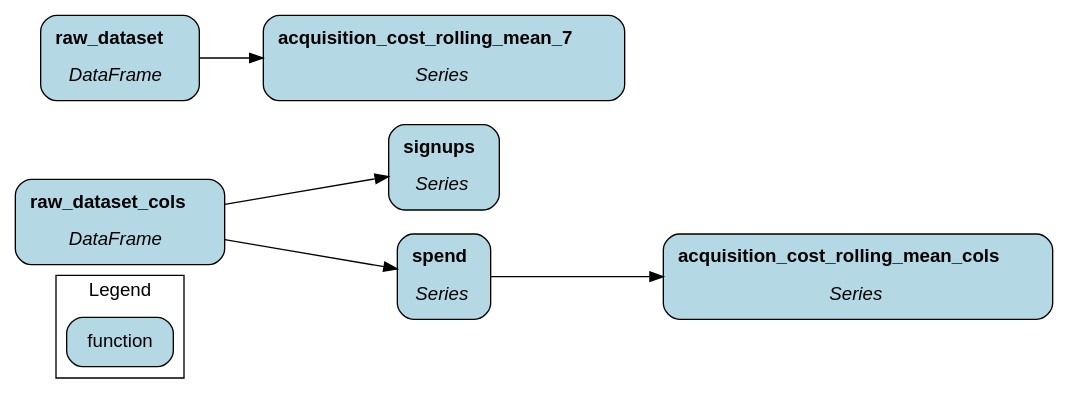
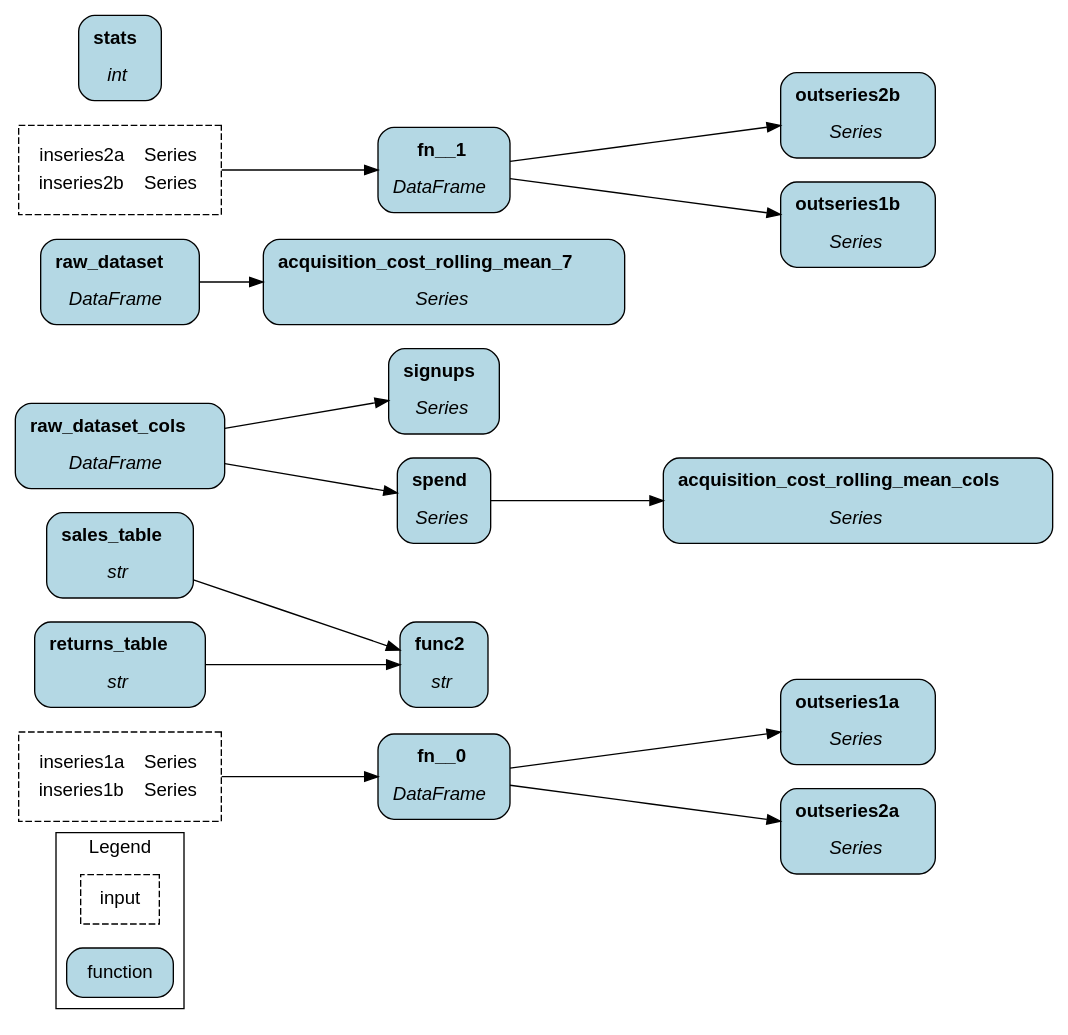
The diagram in hamilton/all_graph.dot (EdwinVivek/ML-hands-on-notebooks), drawn with Graphviz before and after one commit. The commit also changed 3 other files, not shown here.

```diff
--- a/hamilton/all_graph.dot
+++ b/hamilton/all_graph.dot
@@ -1,5 +1,5 @@
 digraph {
-	graph [bb="0,0,683.05,321.8",
+	graph [bb="0,0,683.55,789.8",
 		compound=true,
 		concentrate=true,
 		rankdir=LR,
@@ -10,39 +10,123 @@
 		label="\N"
 	];
 	subgraph cluster__legend {
-		graph [bb="25,236.8,109.85,313.8",
+		graph [bb="25.25,649.8,110.1,781.8",
 			fillcolor="#ffffff",
 			fontname=helvetica,
 			label=Legend,
 			lheight=0.22,
-			lp="67.425,301.93",
+			lp="67.675,769.92",
 			lwidth=0.62,
 			rank=same
 		];
+		input	[fontname=Helvetica,
+			height=0.51875,
+			margin=0.15,
+			pos="67.675,676.8",
+			shape=rectangle,
+			style="filled,dashed",
+			width=0.75];
 		function	[fillcolor="#b4d8e4",
 			fontname=Helvetica,
 			height=0.51875,
 			margin=0.15,
-			pos="67.425,263.8",
+			pos="67.675,731.8",
 			shape=rectangle,
 			style="rounded,filled",
 			width=0.95625];
 	}
+	fn__0	[fillcolor="#b4d8e4",
+		fontname=Helvetica,
+		height=0.88333,
+		label=<<b>fn__0</b><br /><br /><i>DataFrame</i>>,
+		margin=0.15,
+		pos="282.02,72.8",
+		shape=rectangle,
+		style="rounded,filled",
+		width=1.2479];
+	outseries1a	[fillcolor="#b4d8e4",
+		fontname=Helvetica,
+		height=0.88333,
+		label=<<b>outseries1a</b><br /><br /><i>Series</i>>,
+		margin=0.15,
+		pos="556.12,113.8",
+		shape=rectangle,
+		style="rounded,filled",
+		width=1.3417];
+	fn__0 -> outseries1a	[pos="e,507.62,106.64 327.35,79.479 373.41,86.419 445.73,97.316 496.49,104.96"];
+	outseries2a	[fillcolor="#b4d8e4",
+		fontname=Helvetica,
+		height=0.88333,
+		label=<<b>outseries2a</b><br /><br /><i>Series</i>>,
+		margin=0.15,
+		pos="556.12,31.8",
+		shape=rectangle,
+		style="rounded,filled",
+		width=1.3417];
+	fn__0 -> outseries2a	[pos="e,507.62,38.958 327.35,66.121 373.41,59.181 445.73,48.284 496.49,40.635"];
+	sales_table	[fillcolor="#b4d8e4",
+		fontname=Helvetica,
+		height=0.88333,
+		label=<<b>sales_table</b><br /><br /><i>str</i>>,
+		margin=0.15,
+		pos="67.675,237.8",
+		shape=rectangle,
+		style="rounded,filled",
+		width=1.3104];
+	func2	[fillcolor="#b4d8e4",
+		fontname=Helvetica,
+		height=0.88333,
+		label=<<b>func2</b><br /><br /><i>str</i>>,
+		margin=0.15,
+		pos="282.02,155.8",
+		shape=rectangle,
+		style="rounded,filled",
+		width=0.8];
+	sales_table -> func2	[pos="e,252.76,166.71 115.28,219.8 153.34,205.11 206.5,184.58 242.26,170.77"];
 	acquisition_cost_rolling_mean_cols	[fillcolor="#b4d8e4",
 		fontname=Helvetica,
 		height=0.88333,
 		label=<<b>acquisition_cost_rolling_mean_cols</b><br /><br /><i>Series</i>>,
 		margin=0.15,
-		pos="555.62,31.8",
+		pos="556.12,278.8",
 		shape=rectangle,
 		style="rounded,filled",
 		width=3.5396];
+	raw_dataset_cols	[fillcolor="#b4d8e4",
+		fontname=Helvetica,
+		height=0.88333,
+		label=<<b>raw_dataset_cols</b><br /><br /><i>DataFrame</i>>,
+		margin=0.15,
+		pos="67.675,319.8",
+		shape=rectangle,
+		style="rounded,filled",
+		width=1.8729];
+	signups	[fillcolor="#b4d8e4",
+		fontname=Helvetica,
+		height=0.88333,
+		label=<<b>signups</b><br /><br /><i>Series</i>>,
+		margin=0.15,
+		pos="282.02,360.8",
+		shape=rectangle,
+		style="rounded,filled",
+		width=1.0187];
+	raw_dataset_cols -> signups	[pos="e,245.02,353.85 135.57,332.72 167.55,338.89 205.07,346.14 233.99,351.72"];
+	spend	[fillcolor="#b4d8e4",
+		fontname=Helvetica,
+		height=0.88333,
+		label=<<b>spend</b><br /><br /><i>Series</i>>,
+		margin=0.15,
+		pos="282.02,278.8",
+		shape=rectangle,
+		style="rounded,filled",
+		width=0.85208];
+	raw_dataset_cols -> spend	[pos="e,250.85,284.63 135.57,306.88 169.7,300.29 210.13,292.49 239.7,286.78"];
 	raw_dataset	[fillcolor="#b4d8e4",
 		fontname=Helvetica,
 		height=0.88333,
 		label=<<b>raw_dataset</b><br /><br /><i>DataFrame</i>>,
 		margin=0.15,
-		pos="67.425,195.8",
+		pos="67.675,442.8",
 		shape=rectangle,
 		style="rounded,filled",
 		width=1.3938];
@@ -51,39 +135,76 @@
 		height=0.88333,
 		label=<<b>acquisition_cost_rolling_mean_7</b><br /><br /><i>Series</i>>,
 		margin=0.15,
-		pos="281.52,195.8",
+		pos="282.02,442.8",
 		shape=rectangle,
 		style="rounded,filled",
 		width=3.2687];
-	raw_dataset -> acquisition_cost_rolling_mean_7	[pos="e,163.36,195.8 117.89,195.8 128.48,195.8 140.13,195.8 152.19,195.8"];
-	raw_dataset_cols	[fillcolor="#b4d8e4",
+	raw_dataset -> acquisition_cost_rolling_mean_7	[pos="e,164.14,442.8 118.19,442.8 128.89,442.8 140.67,442.8 152.86,442.8"];
+	outseries2b	[fillcolor="#b4d8e4",
 		fontname=Helvetica,
 		height=0.88333,
-		label=<<b>raw_dataset_cols</b><br /><br /><i>DataFrame</i>>,
+		label=<<b>outseries2b</b><br /><br /><i>Series</i>>,
 		margin=0.15,
-		pos="67.425,72.8",
+		pos="556.12,566.8",
 		shape=rectangle,
 		style="rounded,filled",
-		width=1.8729];
-	signups	[fillcolor="#b4d8e4",
+		width=1.3521];
+	returns_table	[fillcolor="#b4d8e4",
 		fontname=Helvetica,
 		height=0.88333,
-		label=<<b>signups</b><br /><br /><i>Series</i>>,
+		label=<<b>returns_table</b><br /><br /><i>str</i>>,
 		margin=0.15,
-		pos="281.52,113.8",
+		pos="67.675,155.8",
 		shape=rectangle,
 		style="rounded,filled",
-		width=1.0187];
-	raw_dataset_cols -> signups	[pos="e,244.56,106.85 135.24,85.716 167.19,91.891 204.66,99.135 233.55,104.72"];
-	spend	[fillcolor="#b4d8e4",
+		width=1.4875];
+	returns_table -> func2	[pos="e,253.01,155.8 121.71,155.8 158.96,155.8 207.98,155.8 241.75,155.8"];
+	stats	[fillcolor="#b4d8e4",
 		fontname=Helvetica,
 		height=0.88333,
-		label=<<b>spend</b><br /><br /><i>Series</i>>,
+		label=<<b>stats</b><br /><br /><i>int</i>>,
 		margin=0.15,
-		pos="281.52,31.8",
+		pos="67.675,608.8",
 		shape=rectangle,
 		style="rounded,filled",
-		width=0.85208];
-	raw_dataset_cols -> spend	[pos="e,250.39,37.625 135.24,59.884 169.33,53.294 209.72,45.488 239.24,39.78"];
-	spend -> acquisition_cost_rolling_mean_cols	[pos="e,427.95,31.8 312.68,31.8 338.43,31.8 377.42,31.8 416.62,31.8"];
+		width=0.75];
+	outseries1b	[fillcolor="#b4d8e4",
+		fontname=Helvetica,
+		height=0.88333,
+		label=<<b>outseries1b</b><br /><br /><i>Series</i>>,
+		margin=0.15,
+		pos="556.12,484.8",
+		shape=rectangle,
+		style="rounded,filled",
+		width=1.3521];
+	fn__1	[fillcolor="#b4d8e4",
+		fontname=Helvetica,
+		height=0.88333,
+		label=<<b>fn__1</b><br /><br /><i>DataFrame</i>>,
+		margin=0.15,
+		pos="282.02,525.8",
+		shape=rectangle,
+		style="rounded,filled",
+		width=1.2479];
+	fn__1 -> outseries2b	[pos="e,507.15,559.57 327.35,532.48 373.27,539.4 445.29,550.25 496.03,557.9"];
+	fn__1 -> outseries1b	[pos="e,507.15,492.03 327.35,519.12 373.27,512.2 445.29,501.35 496.03,493.7"];
+	spend -> acquisition_cost_rolling_mean_cols	[pos="e,428.45,278.8 313.18,278.8 338.93,278.8 377.92,278.8 417.12,278.8"];
+	_fn__0_inputs	[fontname=Helvetica,
+		height=0.93194,
+		label=<<table border="0"><tr><td>inseries1a</td><td>Series</td></tr><tr><td>inseries1b</td><td>Series</td></tr></table>>,
+		margin=0.15,
+		pos="67.675,72.8",
+		shape=rectangle,
+		style="filled,dashed",
+		width=1.8799];
+	_fn__0_inputs -> fn__0	[pos="e,236.91,72.8 135.57,72.8 164.51,72.8 197.97,72.8 225.5,72.8"];
+	_fn__1_inputs	[fontname=Helvetica,
+		height=0.93194,
+		label=<<table border="0"><tr><td>inseries2a</td><td>Series</td></tr><tr><td>inseries2b</td><td>Series</td></tr></table>>,
+		margin=0.15,
+		pos="67.675,525.8",
+		shape=rectangle,
+		style="filled,dashed",
+		width=1.8799];
+	_fn__1_inputs -> fn__1	[pos="e,236.91,525.8 135.57,525.8 164.51,525.8 197.97,525.8 225.5,525.8"];
 }
```
